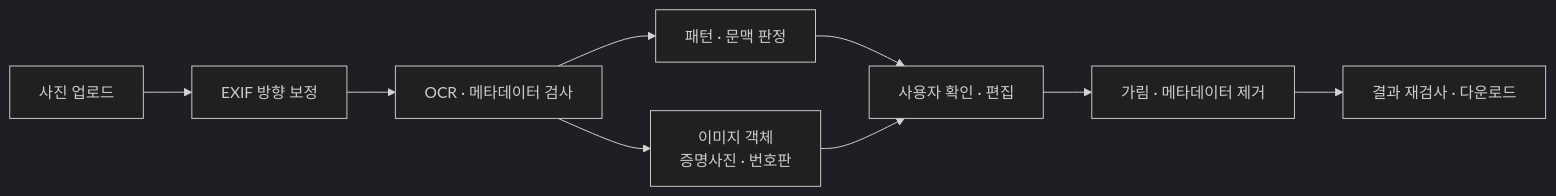
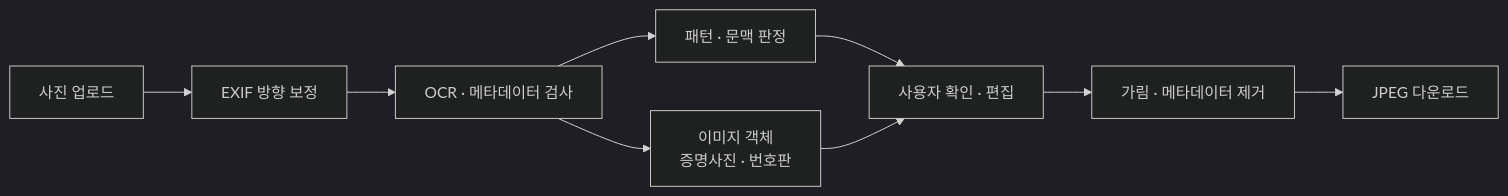
The diagram in README.md (2026-usw-project/privacy-lens), drawn with Mermaid (dark theme) before and after one commit. The commit also changed other lines of this file and 17 other files, not shown here.

Commit message:
fix(save): 결과 사진 재검사 없이 바로 다운로드

````diff
--- a/README.md
+++ b/README.md
@@ -297,11 +297,11 @@
 ```mermaid
 flowchart LR
     A[사진 업로드] --> B[EXIF 방향 보정]
     B --> C[OCR · 메타데이터 검사]
     C --> D[패턴 · 문맥 판정]
     C --> O[이미지 객체<br/>증명사진 · 번호판]
     D --> E[사용자 확인 · 편집]
     O --> E
     E --> F[가림 · 메타데이터 제거]
-    F --> G[결과 재검사 · 다운로드]
+    F --> G[JPEG 다운로드]
 ```
````
